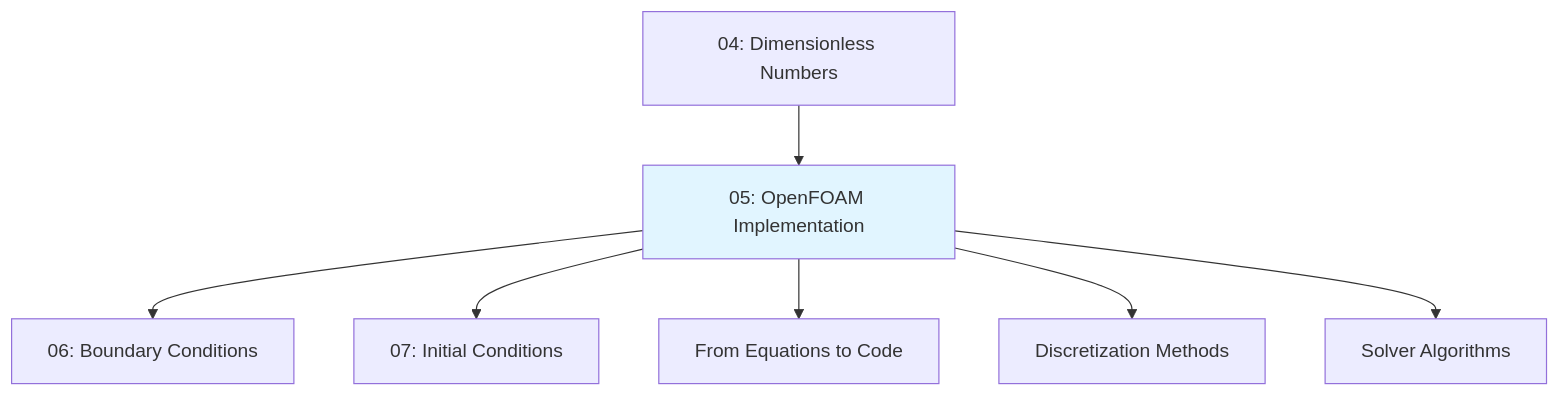
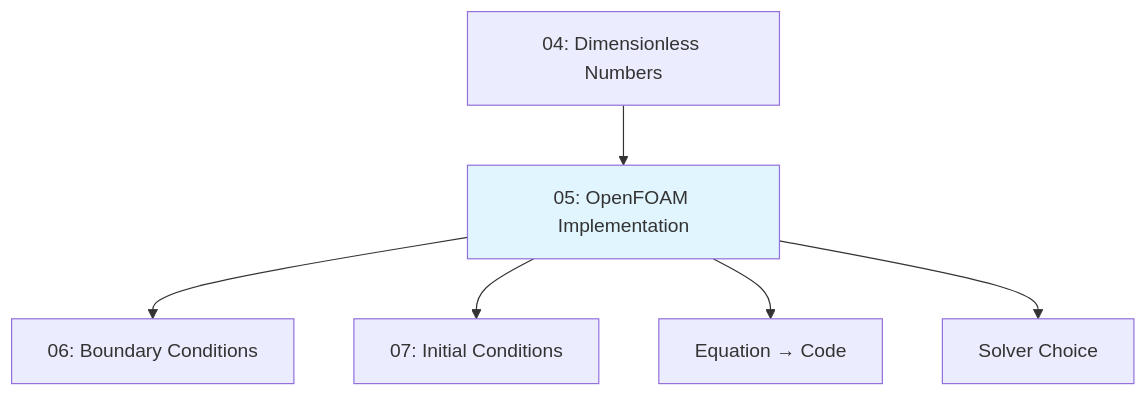
Before and after one commit to wramet/build-my-cfd: the first of 5 diagrams in MODULE_01_CFD_FUNDAMENTALS/CONTENT/01_GOVERNING_EQUATIONS/05_OpenFOAM_Implementation.md, drawn with Mermaid. The commit also changed other lines of this file and 203 other files, not shown here.

````diff
--- a/MODULE_01_CFD_FUNDAMENTALS/CONTENT/01_GOVERNING_EQUATIONS/05_OpenFOAM_Implementation.md
+++ b/MODULE_01_CFD_FUNDAMENTALS/CONTENT/01_GOVERNING_EQUATIONS/05_OpenFOAM_Implementation.md
@@ -20,12 +53,11 @@
 ```mermaid
 graph TD
     A[04: Dimensionless Numbers] --> B[05: OpenFOAM Implementation]
     B --> C[06: Boundary Conditions]
     B --> D[07: Initial Conditions]
-
-    B --> E[From Equations to Code]
-    B --> F[Discretization Methods]
-    B --> G[Solver Algorithms]
-
+    
+    B --> E[Equation → Code]
+    B --> F[Solver Choice]
+    
     style B fill:#e1f5ff
 ```
````
